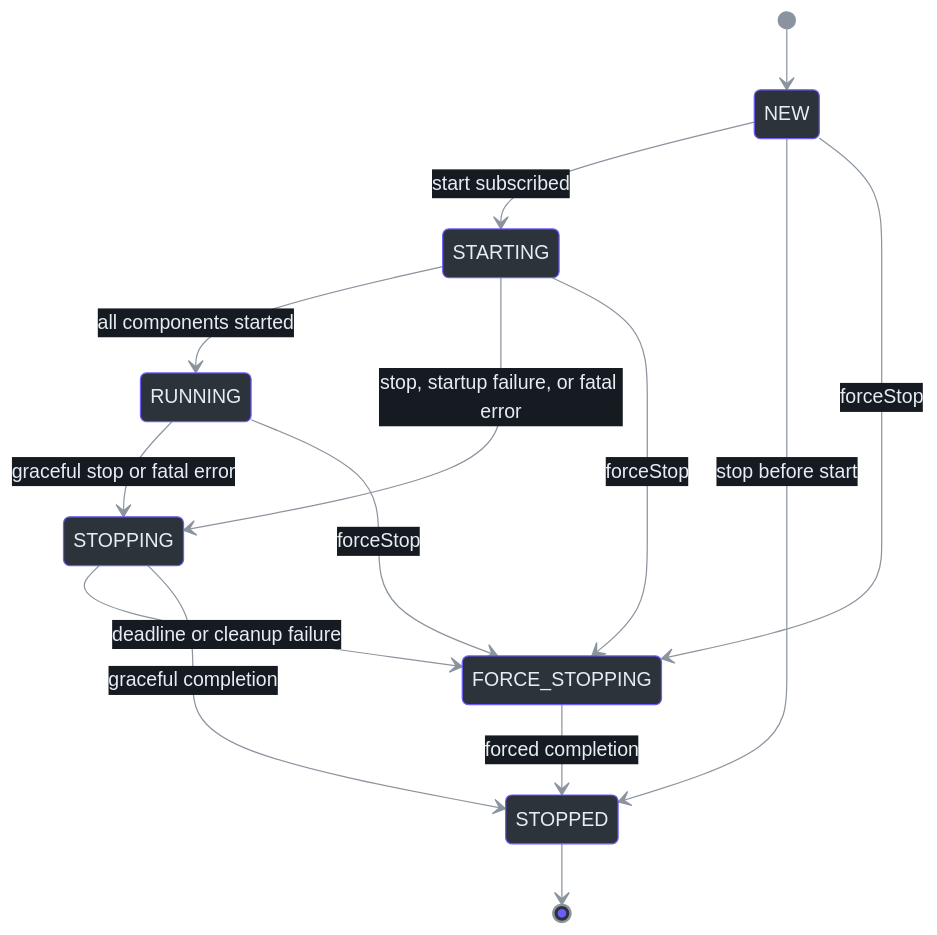
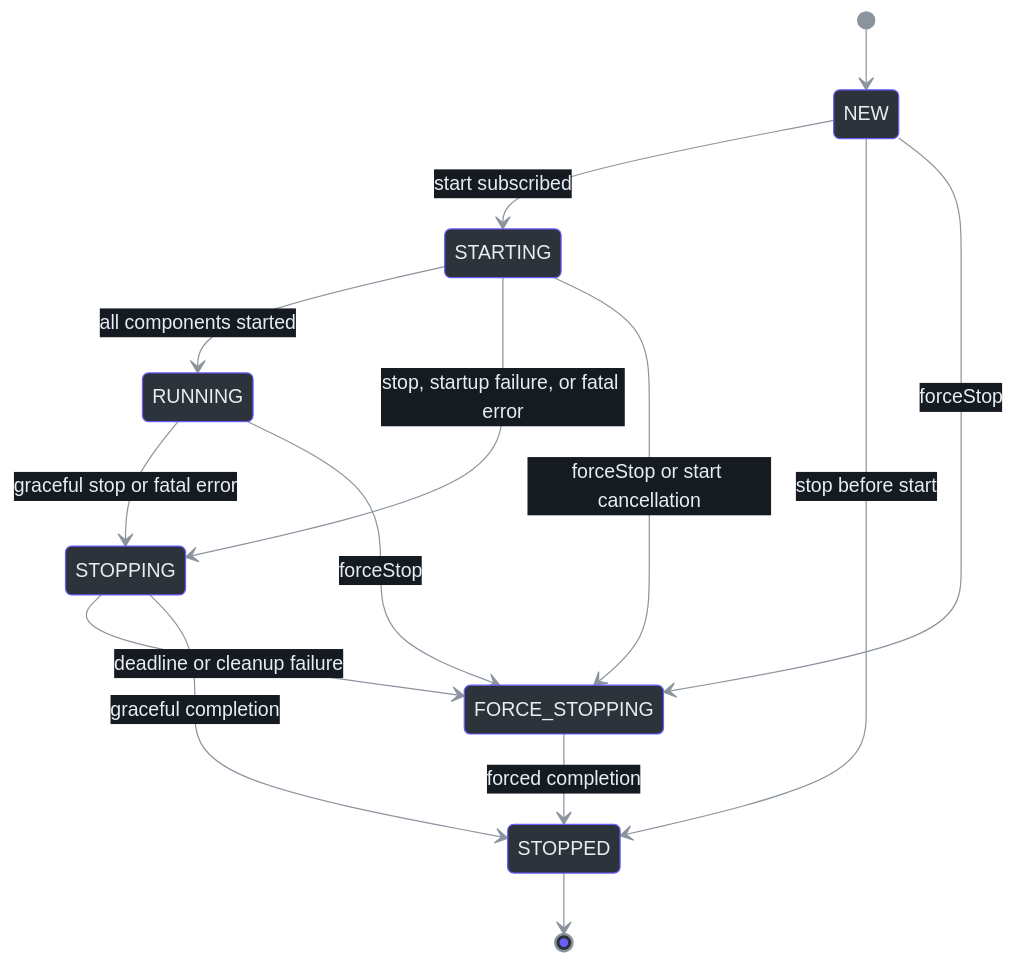
The second of 5 diagrams in documentation/docs/en/guide/advanced/runtime-lifecycle.md (Ahoo-Wang/Wow), drawn with Mermaid before and after one commit. The commit also changed other lines of this file and 55 other files, not shown here.

````diff
--- a/documentation/docs/en/guide/advanced/runtime-lifecycle.md
+++ b/documentation/docs/en/guide/advanced/runtime-lifecycle.md
@@ -118,20 +122,20 @@
 ```mermaid
 %%{init: {"theme":"base","themeVariables":{"primaryColor":"#2d333b","primaryBorderColor":"#6d5dfc","primaryTextColor":"#e6edf3","lineColor":"#8b949e","secondaryColor":"#161b22","tertiaryColor":"#161b22"}}}%%
 stateDiagram-v2
     [*] --> NEW
     NEW --> STARTING: start subscribed
     STARTING --> RUNNING: all components started
     NEW --> STOPPED: stop before start
     NEW --> FORCE_STOPPING: forceStop
     STARTING --> STOPPING: stop, startup failure, or fatal error
     RUNNING --> STOPPING: graceful stop or fatal error
-    STARTING --> FORCE_STOPPING: forceStop
+    STARTING --> FORCE_STOPPING: forceStop or start cancellation
     RUNNING --> FORCE_STOPPING: forceStop
     STOPPING --> FORCE_STOPPING: deadline or cleanup failure
     STOPPING --> STOPPED: graceful completion
     FORCE_STOPPING --> STOPPED: forced completion
     STOPPED --> [*]
 
     classDef runtime fill:#2d333b,stroke:#6d5dfc,color:#e6edf3
     class NEW,STARTING,RUNNING,STOPPING,FORCE_STOPPING,STOPPED runtime
 ```
````
